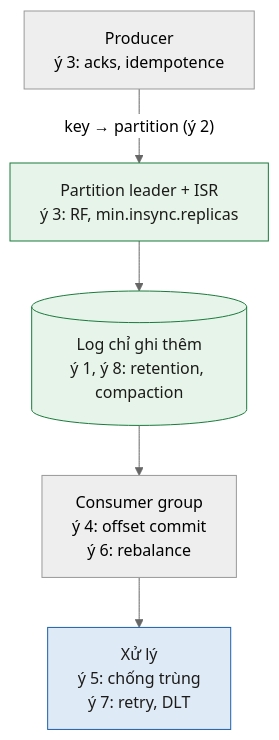
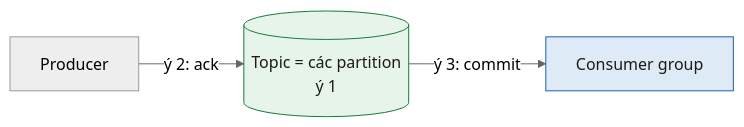
One commit to hainguyen85/kafka-study changed the diagram in lessons/0013-core-80-20.md. Above: the diagram before and after it, drawn with Mermaid (neutral theme). The commit also changed other lines of this file and 11 other files, not shown here.

````diff
--- a/lessons/0013-core-80-20.md
+++ b/lessons/0013-core-80-20.md
@@ -17,12 +17,9 @@
 ```mermaid
-flowchart TB
-P["Producer<br/>ý 3: acks, idempotence"] -->|"key → partition (ý 2)"| T["Partition leader + ISR<br/>ý 3: RF, min.insync.replicas"]
-T --> LOG[("Log chỉ ghi thêm<br/>ý 1, ý 8: retention, compaction")]
-LOG --> G["Consumer group<br/>ý 4: offset commit<br/>ý 6: rebalance"]
-G --> X["Xử lý<br/>ý 5: chống trùng<br/>ý 7: retry, DLT"]
-class T,LOG ok
-class X warn
-classDef bad fill:#fbe9e7,stroke:#b3261e,color:#1c1b19
+flowchart LR
+P["Producer"] -->|"ý 2: ack"| T[("Topic = các partition<br/>ý 1")]
+T -->|"ý 3: commit"| C["Consumer group"]
+class T ok
+class C warn
 classDef ok fill:#e6f4ea,stroke:#1b7a3d,color:#1c1b19
 classDef warn fill:#dfeaf7,stroke:#1d5fa8,color:#1c1b19
 ```
````
